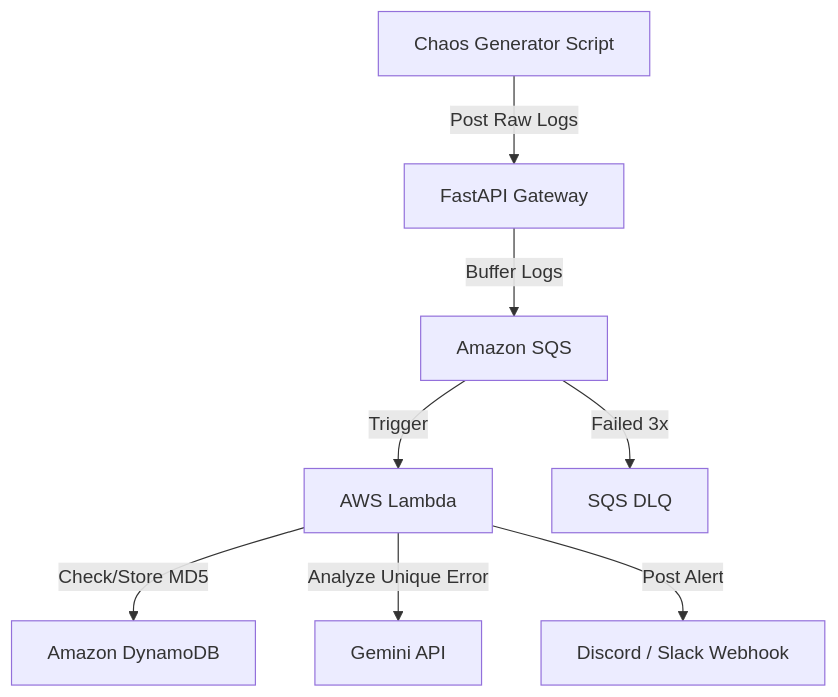
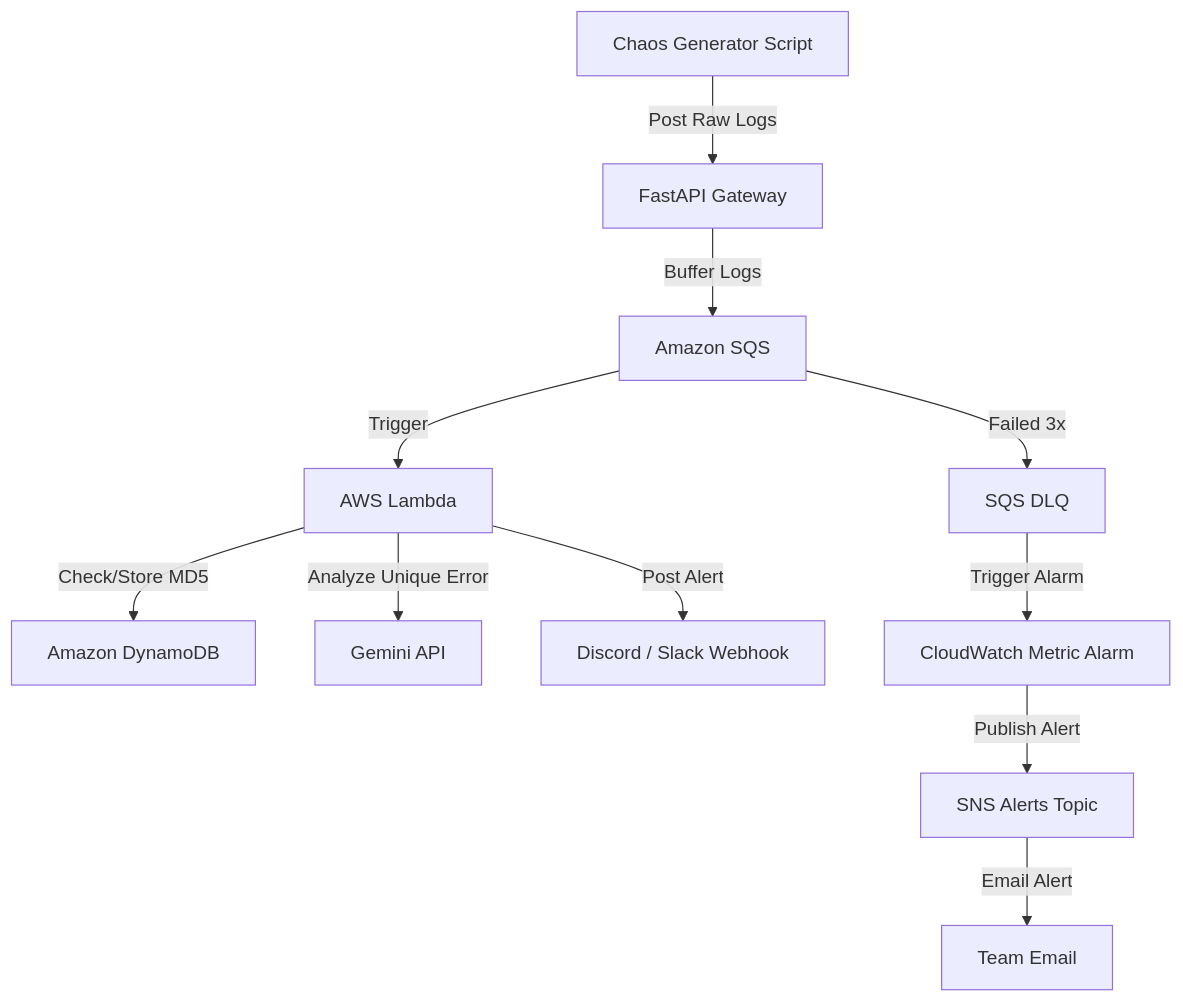
Before and after one commit to cd-Emman/ai-log-deduper: the diagram in README.md, drawn with Mermaid. The commit also changed other lines of this file and 1 other file, not shown here.

Commit message:
Update diagrams and docs to include SQS DLQ alerting flow

````diff
--- a/README.md
+++ b/README.md
@@ -7,10 +7,13 @@
 ```mermaid
 flowchart TD
     A[Chaos Generator Script] -->|Post Raw Logs| B[FastAPI Gateway]
     B -->|Buffer Logs| C[Amazon SQS]
     C -->|Trigger| D[AWS Lambda]
     C -->|Failed 3x| H[SQS DLQ]
     D -->|Check/Store MD5| E[Amazon DynamoDB]
     D -->|Analyze Unique Error| F[Gemini API]
     D -->|Post Alert| G[Discord / Slack Webhook]
+    H -->|Trigger Alarm| I[CloudWatch Metric Alarm]
+    I -->|Publish Alert| J[SNS Alerts Topic]
+    J -->|Email Alert| K[Team Email]
 ```
````
